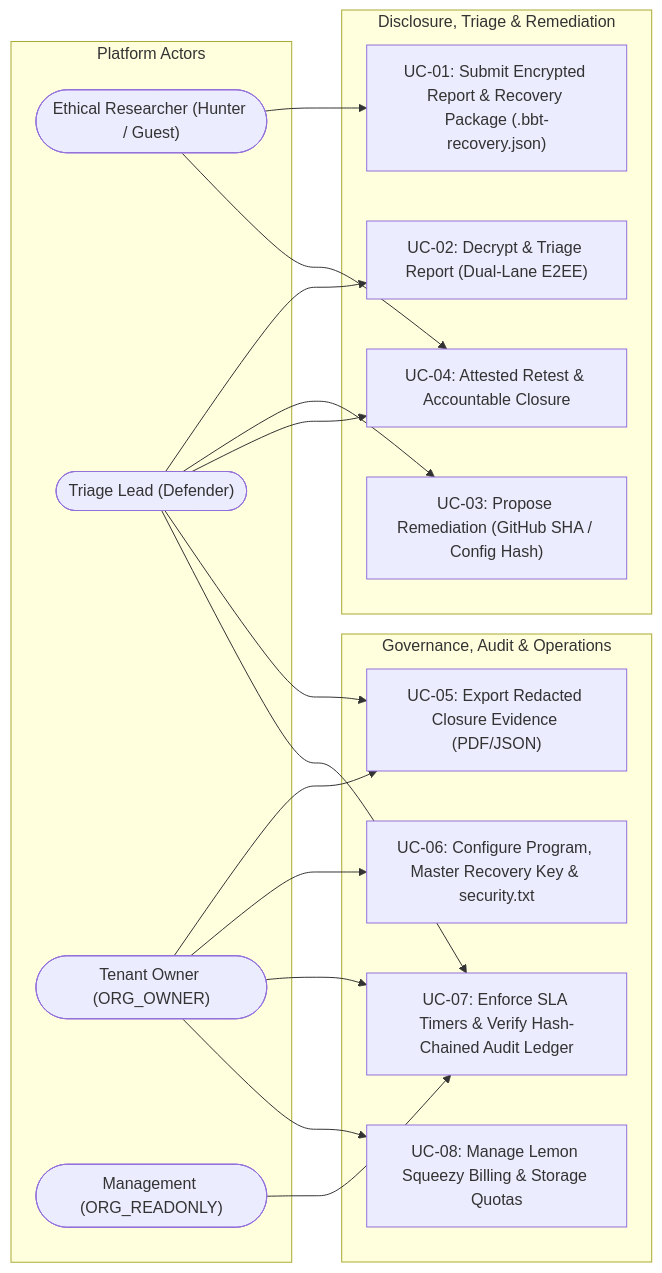
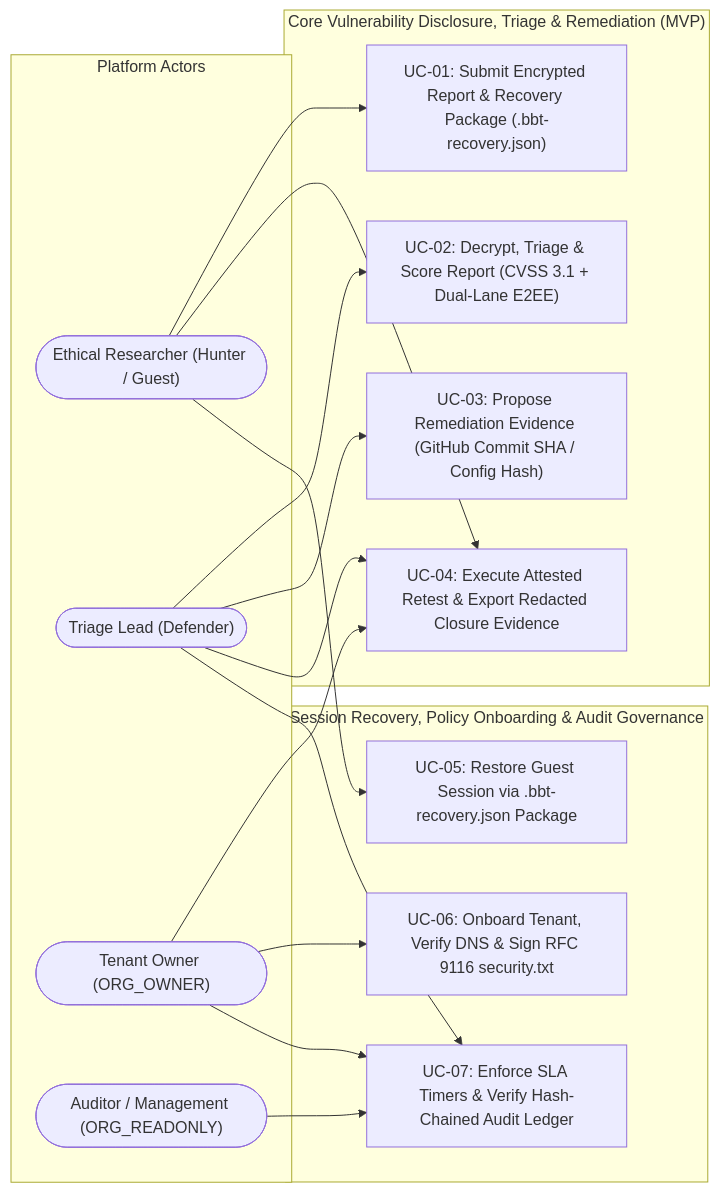
One commit to Taha-Asad/BugBountyTracker changed the first of 4 diagrams in requirements/SRS.md. Above: the diagram before and after it, drawn with Mermaid. The commit also changed other lines of this file and 16 other files, not shown here.

Commit message:
docs(week2): scope SRS and UML behavioral diagrams strictly to Academic MVP baseline

````diff
--- a/requirements/SRS.md
+++ b/requirements/SRS.md
@@ -412,39 +354,37 @@
 ```mermaid
 flowchart LR
     subgraph Actors["Platform Actors"]
         Hunter(["Ethical Researcher (Hunter / Guest)"])
         Defender(["Triage Lead (Defender)"])
         Owner(["Tenant Owner (ORG_OWNER)"])
-        ReadOnly(["Management (ORG_READONLY)"])
+        ReadOnly(["Auditor / Management (ORG_READONLY)"])
     end
 
-    subgraph CoreCases["Disclosure, Triage & Remediation"]
+    subgraph CoreCases["Core Vulnerability Disclosure, Triage & Remediation (MVP)"]
         UC1["UC-01: Submit Encrypted Report & Recovery Package (.bbt-recovery.json)"]
-        UC2["UC-02: Decrypt & Triage Report (Dual-Lane E2EE)"]
-        UC3["UC-03: Propose Remediation (GitHub SHA / Config Hash)"]
-        UC4["UC-04: Attested Retest & Accountable Closure"]
+        UC2["UC-02: Decrypt, Triage & Score Report (CVSS 3.1 + Dual-Lane E2EE)"]
+        UC3["UC-03: Propose Remediation Evidence (GitHub Commit SHA / Config Hash)"]
+        UC4["UC-04: Execute Attested Retest & Export Redacted Closure Evidence"]
     end
 
-    subgraph GovCases["Governance, Audit & Operations"]
-        UC5["UC-05: Export Redacted Closure Evidence (PDF/JSON)"]
-        UC6["UC-06: Configure Program, Master Recovery Key & security.txt"]
+    subgraph GovCases["Session Recovery, Policy Onboarding & Audit Governance"]
+        UC5["UC-05: Restore Guest Session via .bbt-recovery.json Package"]
+        UC6["UC-06: Onboard Tenant, Verify DNS & Sign RFC 9116 security.txt"]
         UC7["UC-07: Enforce SLA Timers & Verify Hash-Chained Audit Ledger"]
-        UC8["UC-08: Manage Lemon Squeezy Billing & Storage Quotas"]
     end
 
     Hunter --> UC1
     Hunter --> UC4
+    Hunter --> UC5
 
     Defender --> UC2
     Defender --> UC3
     Defender --> UC4
-    Defender --> UC5
     Defender --> UC7
 
-    Owner --> UC5
+    Owner --> UC4
     Owner --> UC6
     Owner --> UC7
-    Owner --> UC8
 
     ReadOnly --> UC7
 ```
````
